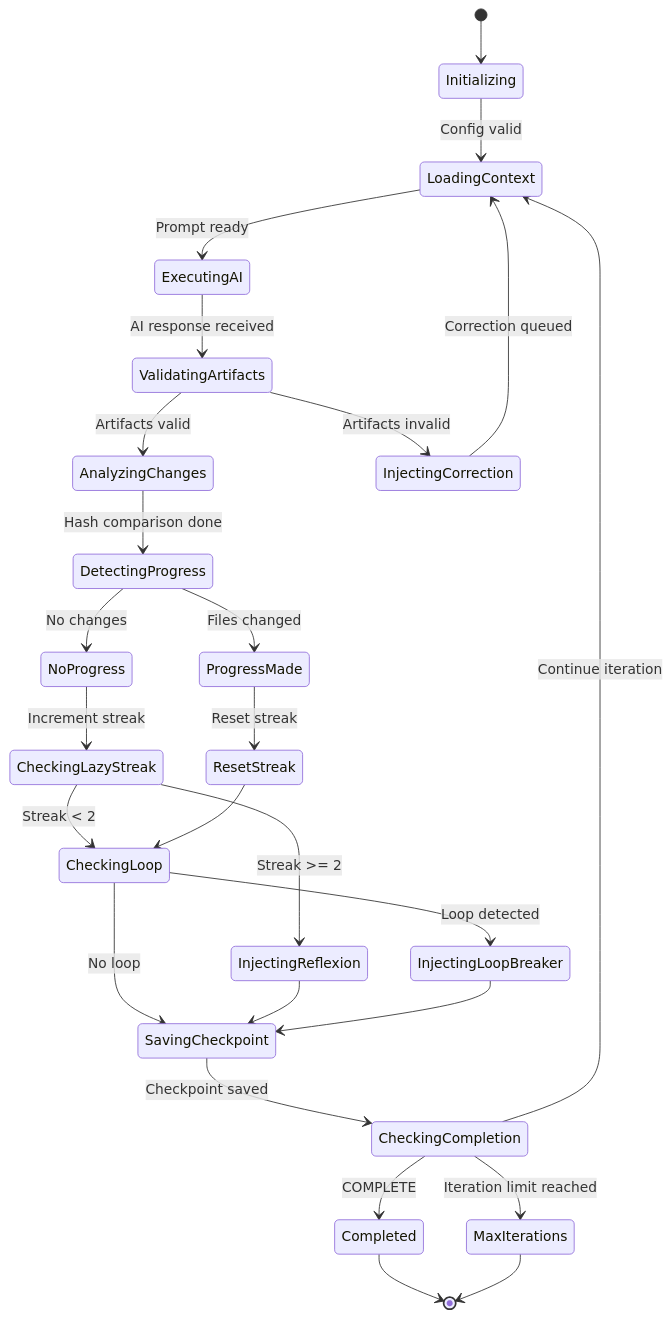
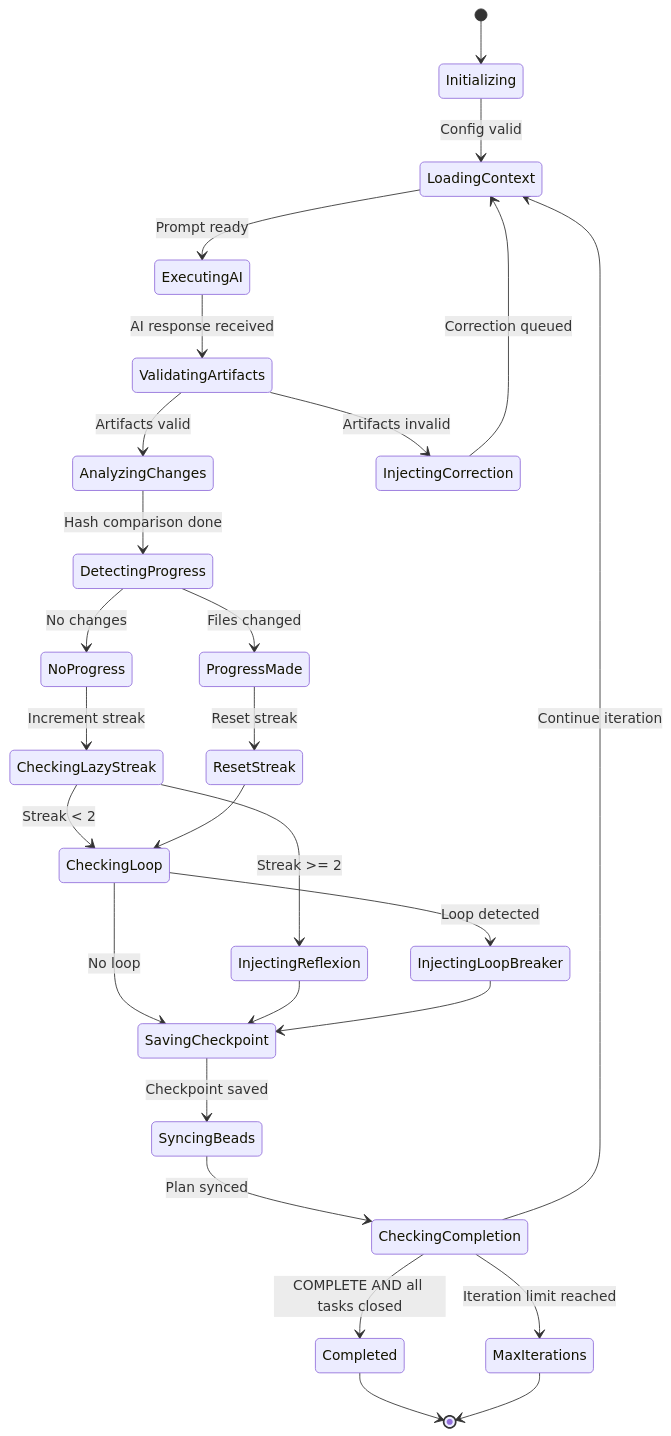
The third of 7 diagrams in README.md (WomB0ComB0/ralph), drawn with Mermaid before and after one commit. The commit also changed other lines of this file and 15 other files, not shown here.

````diff
--- a/README.md
+++ b/README.md
@@ -219,42 +229,44 @@
 ```mermaid
 stateDiagram-v2
     [*] --> Initializing
     Initializing --> LoadingContext: Config valid
     
     LoadingContext --> ExecutingAI: Prompt ready
     
     ExecutingAI --> ValidatingArtifacts: AI response received
     
     ValidatingArtifacts --> AnalyzingChanges: Artifacts valid
     ValidatingArtifacts --> InjectingCorrection: Artifacts invalid
     
     InjectingCorrection --> LoadingContext: Correction queued
     
     AnalyzingChanges --> DetectingProgress: Hash comparison done
     
     DetectingProgress --> ProgressMade: Files changed
     DetectingProgress --> NoProgress: No changes
     
     NoProgress --> CheckingLazyStreak: Increment streak
     ProgressMade --> ResetStreak: Reset streak
     
     CheckingLazyStreak --> InjectingReflexion: Streak >= 2
     CheckingLazyStreak --> CheckingLoop: Streak < 2
     
     ResetStreak --> CheckingLoop
     
     CheckingLoop --> InjectingLoopBreaker: Loop detected
     CheckingLoop --> SavingCheckpoint: No loop
     
     InjectingReflexion --> SavingCheckpoint
     InjectingLoopBreaker --> SavingCheckpoint
     
-    SavingCheckpoint --> CheckingCompletion: Checkpoint saved
+    SavingCheckpoint --> SyncingBeads: Checkpoint saved
     
-    CheckingCompletion --> Completed: <promise>COMPLETE</promise>
+    SyncingBeads --> CheckingCompletion: Plan synced
+    
+    CheckingCompletion --> Completed: COMPLETE AND all tasks closed
     CheckingCompletion --> LoadingContext: Continue iteration
     CheckingCompletion --> MaxIterations: Iteration limit reached
     
     Completed --> [*]
     MaxIterations --> [*]
 ```
````
